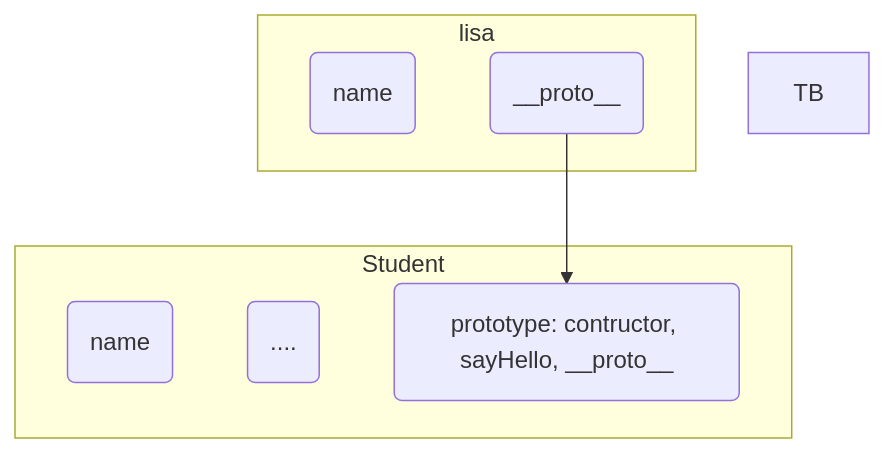
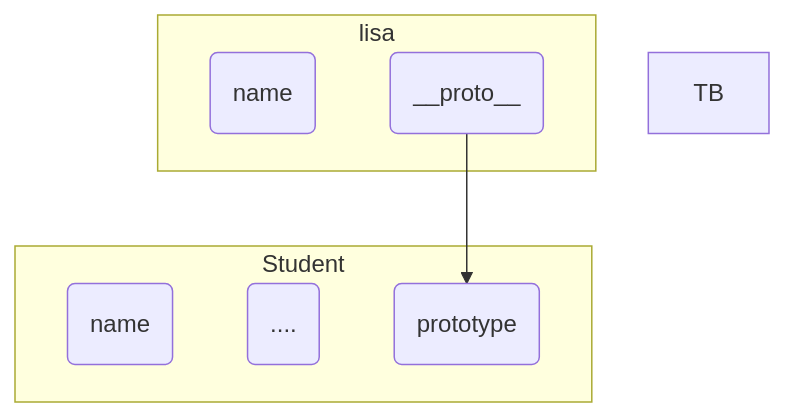
Before and after one commit to qffa/personalnote: the first of 3 diagrams in Dev/JavaScript/01.js_basic/07.原型.md, drawn with Mermaid. The commit also changed 21 other files, not shown here.

````diff
--- a/Dev/JavaScript/01.js_basic/07.原型.md
+++ b/Dev/JavaScript/01.js_basic/07.原型.md
@@ -34,16 +34,16 @@
 ```mermaid
 graph
   TB
   subgraph lisa
     l1(name)
     l2(__proto__)
   end
   subgraph Student
     s1(name)
     s2(....)
-    s3(prototype: contructor, sayHello, __proto__)
+    s3(prototype)
   end
   l2 --> s3
 
 
 ```
````
